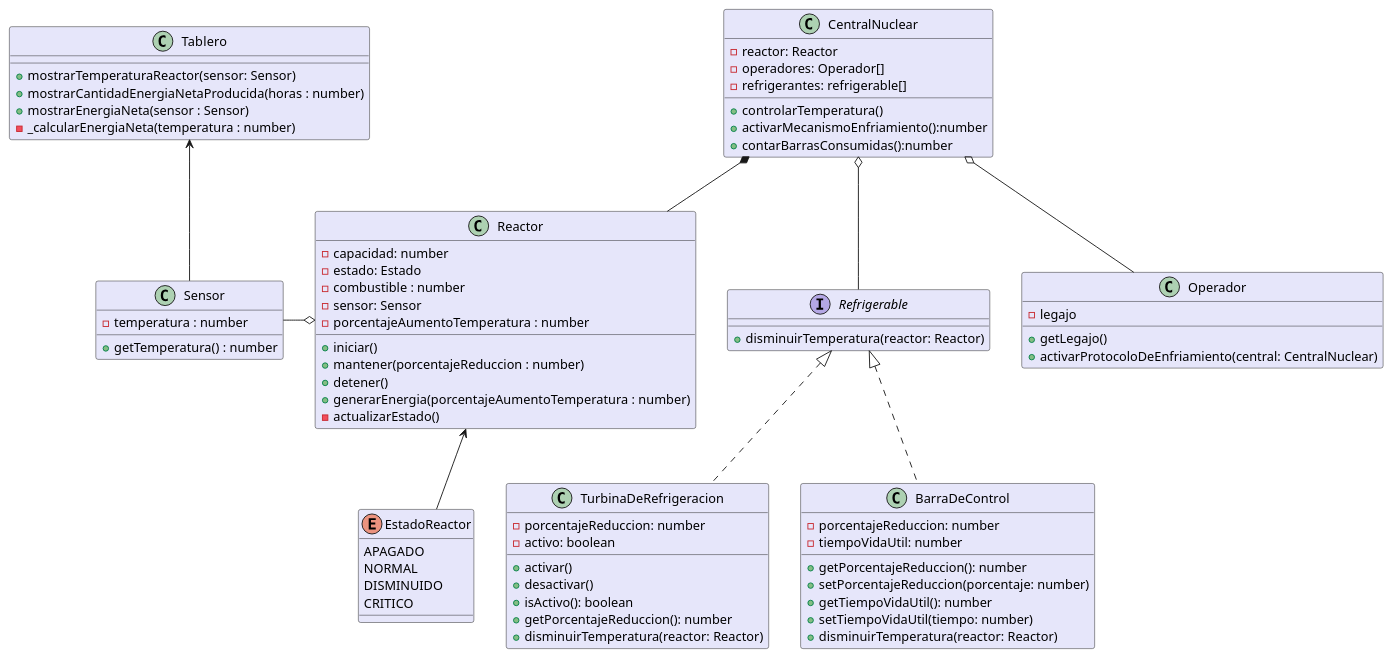
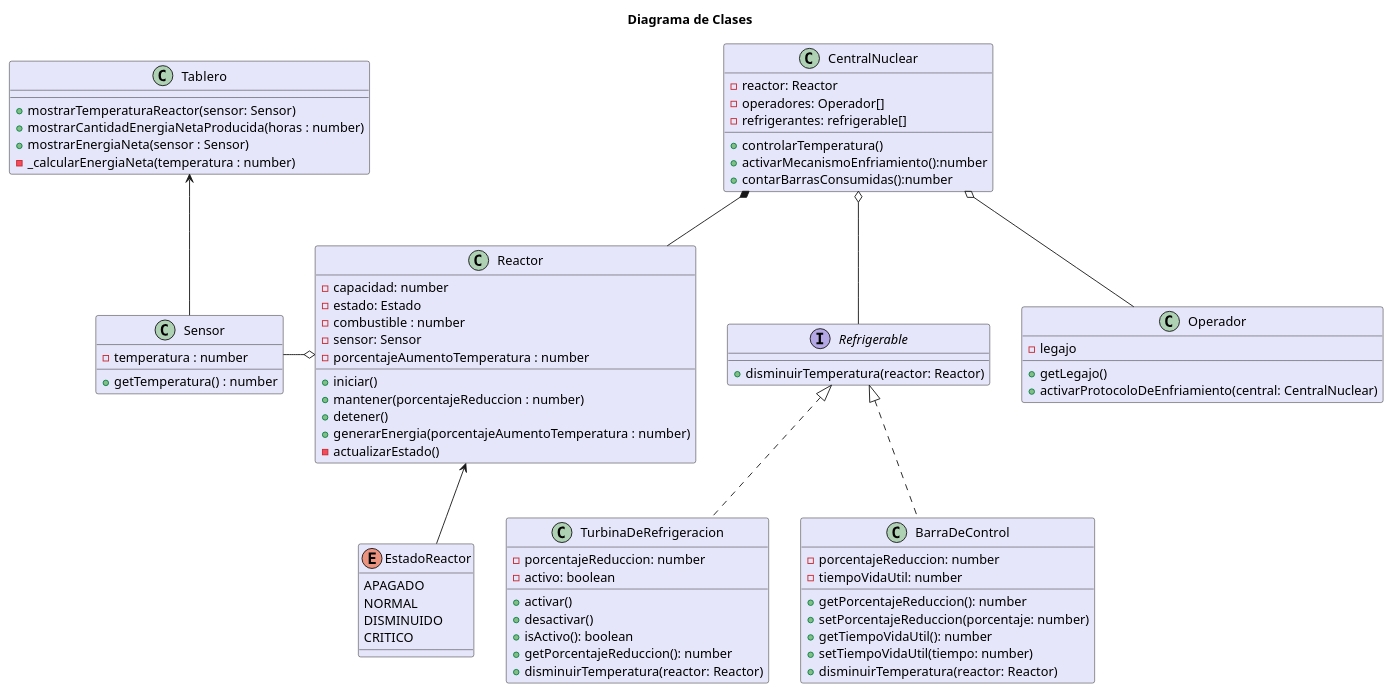
Before and after one commit to fedef1982/Trabajo-Practico-Laboratorio3-2024-Reactor-Nuclear: the diagram in diagramas/DiagramaDeClases.puml, drawn with PlantUML.

Commit message:
actualizo DiagramaDeClases

```diff
--- a/diagramas/DiagramaDeClases.puml
+++ b/diagramas/DiagramaDeClases.puml
@@ -1,91 +1,92 @@
 @startuml Diagrama de Clases
+title "Diagrama de Clases"
 skinparam ClassBackgroundColor lavender
 
 'RELACIONES--------------------
 CentralNuclear *-- Reactor
 Reactor o-l- Sensor
 Reactor <-- EstadoReactor
 Reactor -r[HIDDEN]- TurbinaDeRefrigeracion
 'Reactor o-- BarraDeControl
 Tablero <-- Sensor
 CentralNuclear o-- Refrigerable
 
 CentralNuclear o-- Operador
 
 '-------------------------------
 
 
 class CentralNuclear {
     -reactor: Reactor
     -operadores: Operador[]
     -refrigerantes: refrigerable[]
     +controlarTemperatura()
     +activarMecanismoEnfriamiento():number
     +contarBarrasConsumidas():number
 }
 
 class Reactor {
     - capacidad: number
     - estado: Estado
     - combustible : number
     - sensor: Sensor
     - porcentajeAumentoTemperatura : number
 
     + iniciar()
     + mantener(porcentajeReduccion : number)
     + detener()
     + generarEnergia(porcentajeAumentoTemperatura : number)
     - actualizarEstado()
 }
 
 class Sensor {
     - temperatura : number
     + getTemperatura() : number
 }
 
 
 interface Refrigerable{
     + disminuirTemperatura(reactor: Reactor)
 }
 
 class BarraDeControl implements Refrigerable {
     - porcentajeReduccion: number
     - tiempoVidaUtil: number
     + getPorcentajeReduccion(): number
     + setPorcentajeReduccion(porcentaje: number)
     + getTiempoVidaUtil(): number
     + setTiempoVidaUtil(tiempo: number)
     + disminuirTemperatura(reactor: Reactor)
 }
 
 class TurbinaDeRefrigeracion implements Refrigerable{
     - porcentajeReduccion: number
     - activo: boolean
     + activar()
     + desactivar()
     + isActivo(): boolean
     + getPorcentajeReduccion(): number
     + disminuirTemperatura(reactor: Reactor)
 }
 
 enum EstadoReactor{
     APAGADO
     NORMAL
     DISMINUIDO
     CRITICO
 }
 
 class Tablero{
     + mostrarTemperaturaReactor(sensor: Sensor)
     + mostrarCantidadEnergiaNetaProducida(horas : number)
     + mostrarEnergiaNeta(sensor : Sensor)
     - _calcularEnergiaNeta(temperatura : number)
 }
 
 class Operador{
     - legajo
     + getLegajo()
     + activarProtocoloDeEnfriamiento(central: CentralNuclear)
 }
 
 @enduml
```
